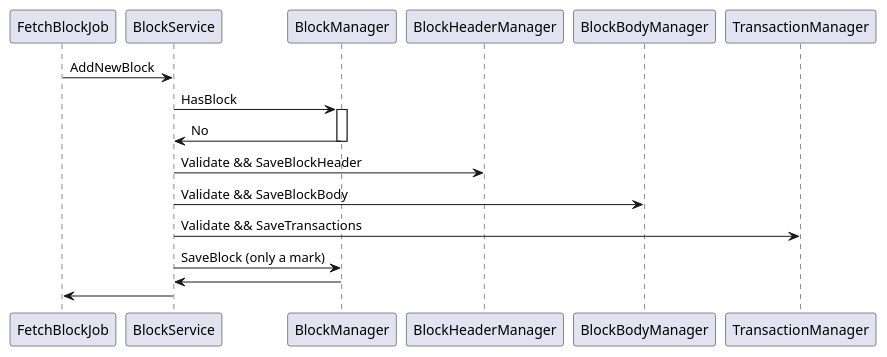
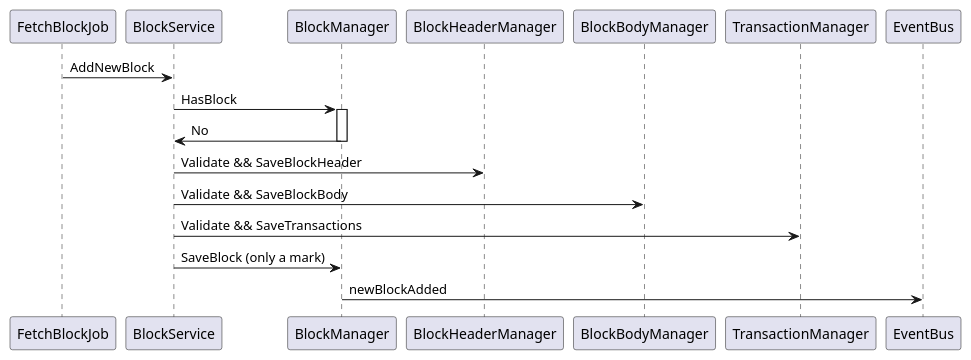
One commit to AElfProject/AElf changed the third of 4 diagrams in docs/Development/main-sequence.md. Above: the diagram before and after it, drawn with PlantUML. The commit also changed other lines of this file, not shown here.

Commit message:
update diagrams

````diff
--- a/docs/Development/main-sequence.md
+++ b/docs/Development/main-sequence.md
@@ -24,23 +24,23 @@
 ```puml
 @startuml
 
 FetchBlockJob -> BlockService : AddNewBlock
 
 BlockService -> BlockManager: HasBlock
 
     activate BlockManager
 
     BlockManager -> BlockService : No
     deactivate BlockManager
 
 BlockService -> BlockHeaderManager : Validate && SaveBlockHeader
 
 BlockService -> BlockBodyManager : Validate && SaveBlockBody
 
 BlockService -> TransactionManager : Validate && SaveTransactions
 
 BlockService -> BlockManager : SaveBlock (only a mark) 
-BlockManager -> BlockService
-BlockService -> FetchBlockJob
+
+BlockManager -> EventBus: newBlockAdded
 @enduml
 ```
````
